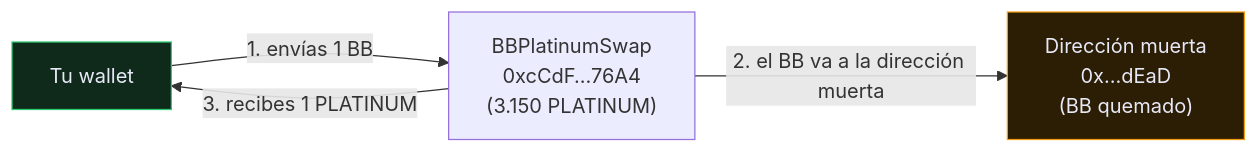
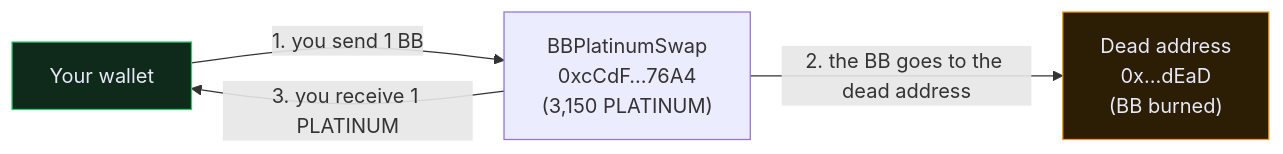
One commit to yvybitec-Bigbot/bigbot-project changed the diagram in assets/diagrams/platinum-swap.mmd. Above: the diagram before and after it, drawn with Mermaid. The commit also changed 10 other files, not shown here.

Commit message:
Platinum: translate section, ecosystem map and security/review into English; re-render diagrams in English; add 3 illustrations (swap, dead man's switch, ecosystem) as WebP

```diff
--- a/assets/diagrams/platinum-swap.mmd
+++ b/assets/diagrams/platinum-swap.mmd
@@ -1,15 +1,15 @@
 flowchart LR
-  U["Tu wallet"]
+  U["Your wallet"]
   S["BBPlatinumSwap
 0xcCdF…76A4
-(3.150 PLATINUM)"]
-  D["Dirección muerta
+(3,150 PLATINUM)"]
+  D["Dead address
 0x…dEaD
-(BB quemado)"]
-  U -- "1. envías 1 BB" --> S
-  S -- "2. el BB va a la dirección muerta" --> D
-  S -- "3. recibes 1 PLATINUM" --> U
+(BB burned)"]
+  U -- "1. you send 1 BB" --> S
+  S -- "2. the BB goes to the dead address" --> D
+  S -- "3. you receive 1 PLATINUM" --> U
   classDef wallet fill:#0f2a1b,stroke:#2ecc71,color:#e7e9f7
   classDef dead fill:#2c1d05,stroke:#f39c12,color:#e7e9f7
   class U wallet
   class D dead
```
